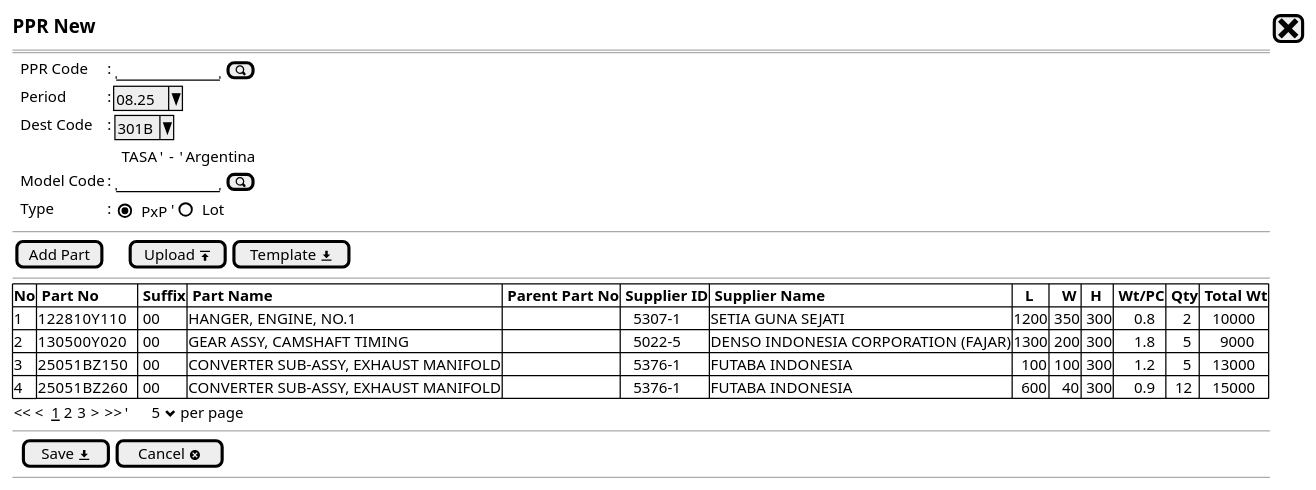
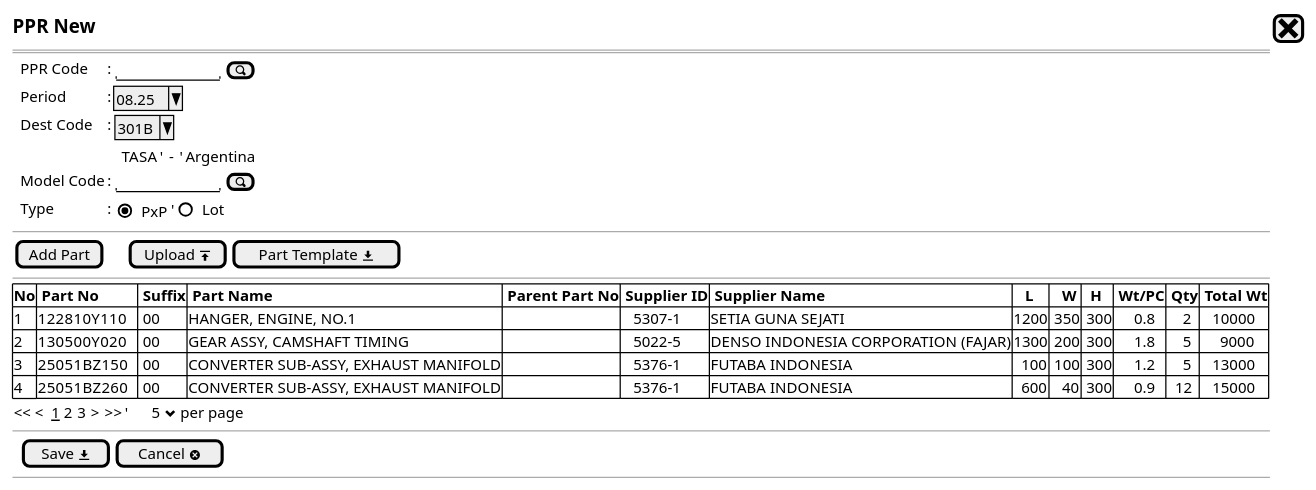
One commit to ari-fikri/packing-cost-mockup changed the diagram in PPR/PPR - newstep1.puml. Above: the diagram before and after it, drawn with PlantUML. The commit also changed 2 other files, not shown here.

```diff
--- a/PPR/PPR - newstep1.puml
+++ b/PPR/PPR - newstep1.puml
@@ -1,37 +1,37 @@
 @startsalt
 {
   <size:15><b>PPR New|[<size:25><&x>]|*
   ==
   {
     .|PPR Code          |: {|"          "|[<&magnifying-glass>]|}*
     .|Period            |: |^08.25^|*    
     .|Dest Code         |: {|^301B^| }*
       .|.|.|{
       .| TASA |' -  '| Argentina | *
       }
     .|Model Code        |: {"          "|[<&magnifying-glass>]|}*
     .|Type              |: {|    {(X)PxP}        '|   ()Lot}
   }
   --
   {
-    |[Add Part] |.|.|.|[Upload <&data-transfer-upload>]| [Template <&data-transfer-download>]|* 
+    |[Add Part] |.|.|.|[Upload <&data-transfer-upload>]| [Part Template <&data-transfer-download>]|* 
   }
   --
   {#
     |<b>No|<b> Part No |<b> Suffix |<b> Part Name                    | <b> Parent Part No |<b> Supplier ID |<b> Supplier Name                     |<b>   L |<b>   W |<b>  H |<b> Wt/PC |<b> Qty |<b> Total Wt |*
     |1|122810Y110   |  00       |HANGER, ENGINE, NO.1	               |            .       |   5307-1          | SETIA GUNA SEJATI                    | 1200 | 350  | 300|     0.8   |     2      |    10000       |*
     |2|130500Y020   |  00       |GEAR ASSY, CAMSHAFT TIMING	         |            .       |   5022-5          | DENSO INDONESIA CORPORATION (FAJAR)  | 1300 | 200  | 300|     1.8   |     5      |      9000      |* 
     |3|25051BZ150   |  00       |CONVERTER SUB-ASSY, EXHAUST MANIFOLD |            .       |   5376-1          | FUTABA INDONESIA                     |   100| 100  | 300|     1.2   |     5      |    13000       |*
     |4|25051BZ260   |  00       |CONVERTER SUB-ASSY, EXHAUST MANIFOLD |            .       |   5376-1          | FUTABA INDONESIA                     |   600|   40 | 300|     0.9   |   12       |    15000       |*
   } 
   .
   {
   << <  __1__ 2 3  > >>  |'      5 <&chevron-bottom> per page |*
   }
   --
   {
   .|[ Save <&data-transfer-download>] |  [Cancel <&circle-x> ]|*
   }
   --
 }
 @endsalt
```
